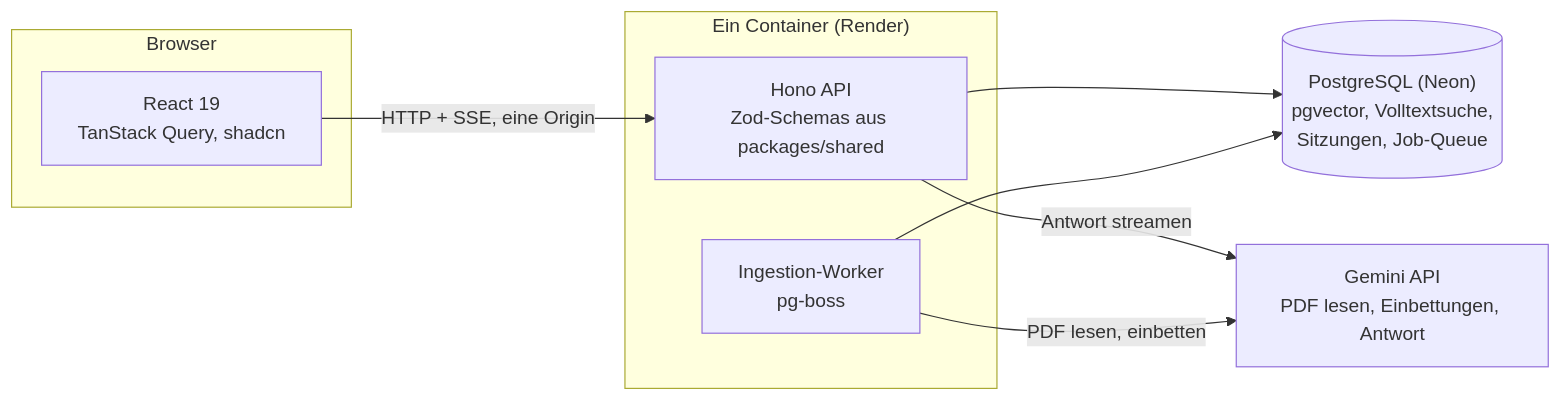
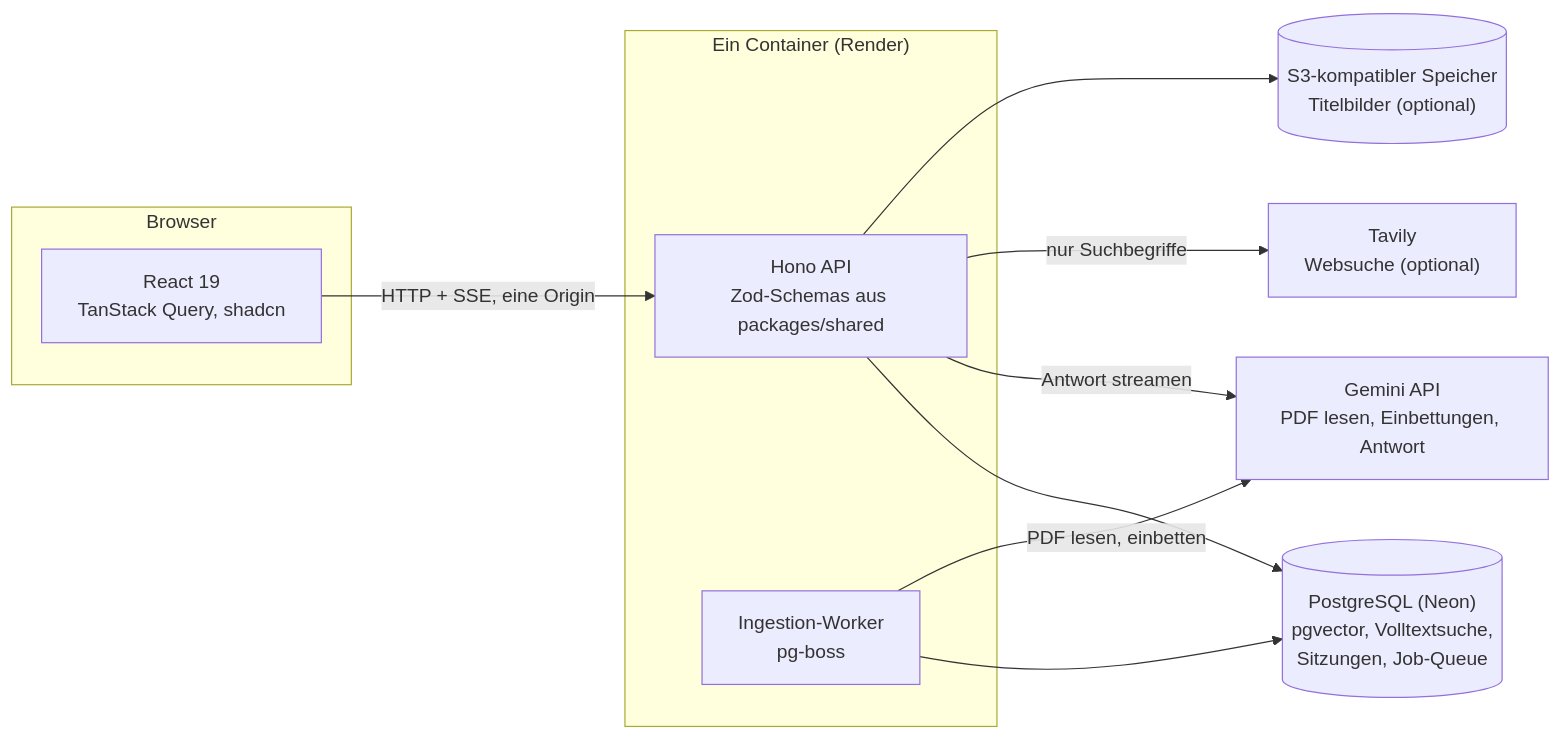
The first of 3 diagrams in README.md (oguzbits/notebooklm-klon), drawn with Mermaid before and after one commit. The commit also changed other lines of this file and 2 other files, not shown here.

````diff
--- a/README.md
+++ b/README.md
@@ -31,18 +34,22 @@
 ```mermaid
 flowchart LR
   subgraph Browser
     Web["React 19<br/>TanStack Query, shadcn"]
   end
   subgraph Container["Ein Container (Render)"]
     Api["Hono API<br/>Zod-Schemas aus packages/shared"]
     Worker["Ingestion-Worker<br/>pg-boss"]
   end
   DB[("PostgreSQL (Neon)<br/>pgvector, Volltextsuche,<br/>Sitzungen, Job-Queue")]
   Gemini["Gemini API<br/>PDF lesen, Einbettungen, Antwort"]
+  Tavily["Tavily<br/>Websuche (optional)"]
+  S3[("S3-kompatibler Speicher<br/>Titelbilder (optional)")]
 
   Web -- "HTTP + SSE, eine Origin" --> Api
   Api --> DB
   Api -- "Antwort streamen" --> Gemini
+  Api -- "nur Suchbegriffe" --> Tavily
+  Api --> S3
   Worker --> DB
   Worker -- "PDF lesen, einbetten" --> Gemini
 ```
````
